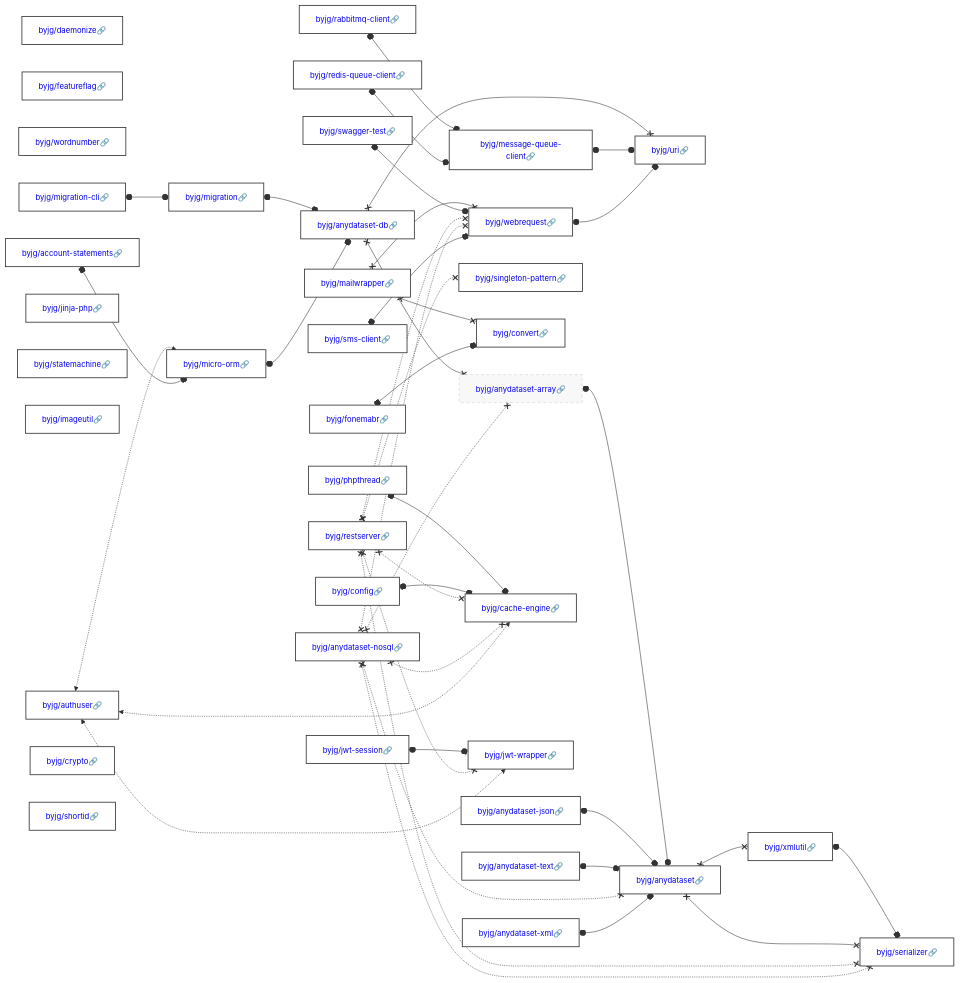
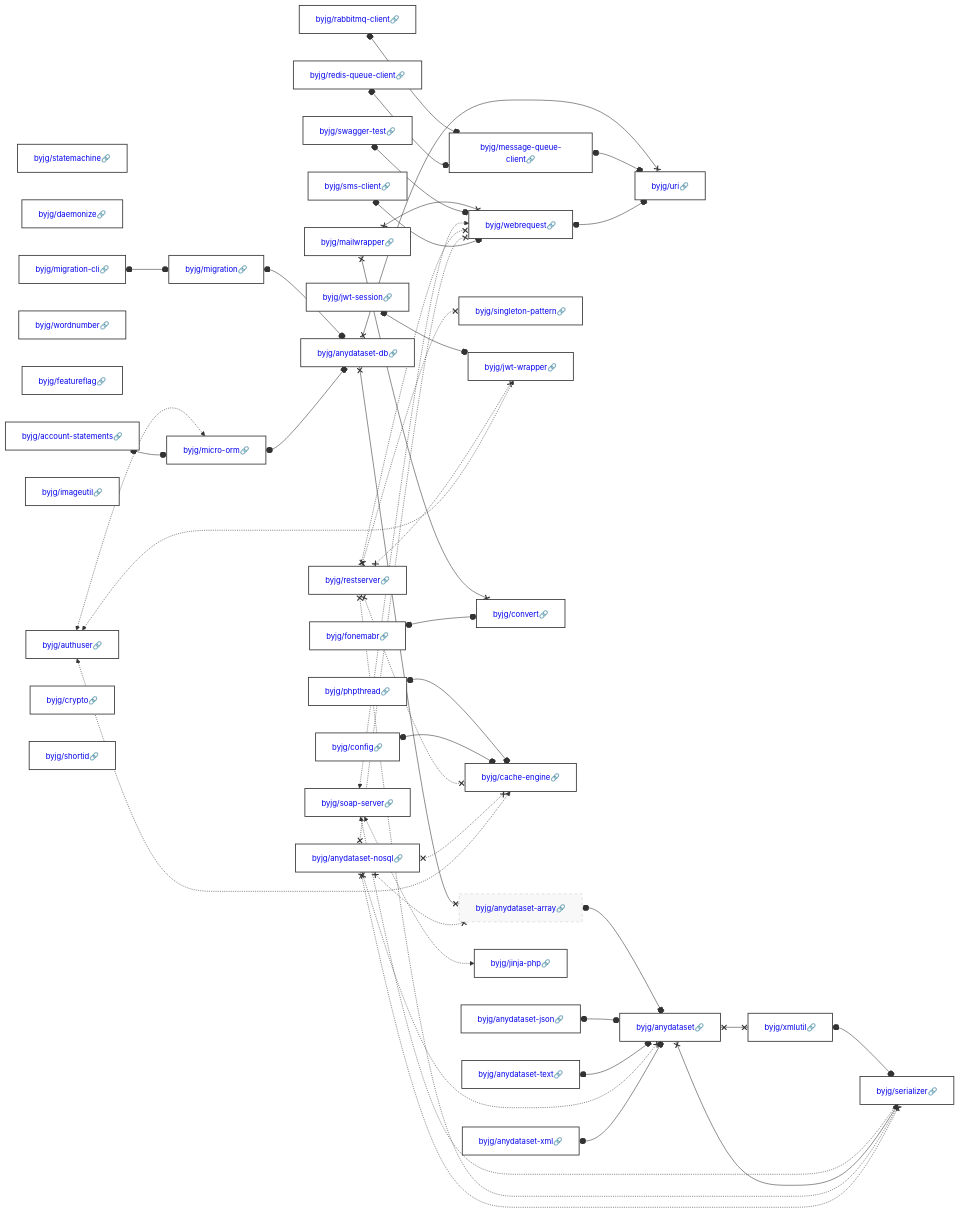
The diagram in docs/php/README.md (byjg/byjg.github.io), drawn with Mermaid before and after one commit. The commit also changed 7 other files, not shown here.

Commit message:
Update documentation 'php' 'php-soap-server'

````diff
--- a/docs/php/README.md
+++ b/docs/php/README.md
@@ -3,37 +3,38 @@
 ```mermaid
 graph LR;
+  byjg/statemachine[<a href='https://opensource.byjg.com/docs/php/statemachine' style='text-decoration:none'>byjg/statemachine🔗</a>];
+  byjg/anydataset-text[<a href='https://opensource.byjg.com/docs/php/anydataset-text' style='text-decoration:none'>byjg/anydataset-text🔗</a>];
+  byjg/sms-client[<a href='https://opensource.byjg.com/docs/php/sms-client' style='text-decoration:none'>byjg/sms-client🔗</a>];
+  byjg/jwt-session[<a href='https://opensource.byjg.com/docs/php/jwt-session' style='text-decoration:none'>byjg/jwt-session🔗</a>];
+  byjg/daemonize[<a href='https://opensource.byjg.com/docs/php/daemonize' style='text-decoration:none'>byjg/daemonize🔗</a>];
+  byjg/account-statements[<a href='https://opensource.byjg.com/docs/php/account-statements' style='text-decoration:none'>byjg/account-statements🔗</a>];
+  byjg/redis-queue-client[<a href='https://opensource.byjg.com/docs/php/redis-queue-client' style='text-decoration:none'>byjg/redis-queue-client🔗</a>];
+  byjg/wordnumber[<a href='https://opensource.byjg.com/docs/php/wordnumber' style='text-decoration:none'>byjg/wordnumber🔗</a>];
+  byjg/phpthread[<a href='https://opensource.byjg.com/docs/php/phpthread' style='text-decoration:none'>byjg/phpthread🔗</a>];
+  byjg/swagger-test[<a href='https://opensource.byjg.com/docs/php/swagger-test' style='text-decoration:none'>byjg/swagger-test🔗</a>];
   byjg/restserver[<a href='https://opensource.byjg.com/docs/php/restserver' style='text-decoration:none'>byjg/restserver🔗</a>];
-  byjg/daemonize[<a href='https://opensource.byjg.com/docs/php/daemonize' style='text-decoration:none'>byjg/daemonize🔗</a>];
-  byjg/anydataset-nosql[<a href='https://opensource.byjg.com/docs/php/anydataset-nosql' style='text-decoration:none'>byjg/anydataset-nosql🔗</a>];
   byjg/featureflag[<a href='https://opensource.byjg.com/docs/php/featureflag' style='text-decoration:none'>byjg/featureflag🔗</a>];
-  byjg/anydataset-text[<a href='https://opensource.byjg.com/docs/php/anydataset-text' style='text-decoration:none'>byjg/anydataset-text🔗</a>];
-  byjg/anydataset-json[<a href='https://opensource.byjg.com/docs/php/anydataset-json' style='text-decoration:none'>byjg/anydataset-json🔗</a>];
-  byjg/wordnumber[<a href='https://opensource.byjg.com/docs/php/wordnumber' style='text-decoration:none'>byjg/wordnumber🔗</a>];
-  byjg/migration-cli[<a href='https://opensource.byjg.com/docs/php/migration-cli' style='text-decoration:none'>byjg/migration-cli🔗</a>];
-  byjg/rabbitmq-client[<a href='https://opensource.byjg.com/docs/php/rabbitmq-client' style='text-decoration:none'>byjg/rabbitmq-client🔗</a>];
-  byjg/account-statements[<a href='https://opensource.byjg.com/docs/php/account-statements' style='text-decoration:none'>byjg/account-statements🔗</a>];
-  byjg/mailwrapper[<a href='https://opensource.byjg.com/docs/php/mailwrapper' style='text-decoration:none'>byjg/mailwrapper🔗</a>];
-  byjg/jinja-php[<a href='https://opensource.byjg.com/docs/php/jinja-php' style='text-decoration:none'>byjg/jinja-php🔗</a>];
-  byjg/swagger-test[<a href='https://opensource.byjg.com/docs/php/swagger-test' style='text-decoration:none'>byjg/swagger-test🔗</a>];
-  byjg/fonemabr[<a href='https://opensource.byjg.com/docs/php/fonemabr' style='text-decoration:none'>byjg/fonemabr🔗</a>];
-  byjg/statemachine[<a href='https://opensource.byjg.com/docs/php/statemachine' style='text-decoration:none'>byjg/statemachine🔗</a>];
-  byjg/imageutil[<a href='https://opensource.byjg.com/docs/php/imageutil' style='text-decoration:none'>byjg/imageutil🔗</a>];
-  byjg/redis-queue-client[<a href='https://opensource.byjg.com/docs/php/redis-queue-client' style='text-decoration:none'>byjg/redis-queue-client🔗</a>];
-  byjg/jwt-session[<a href='https://opensource.byjg.com/docs/php/jwt-session' style='text-decoration:none'>byjg/jwt-session🔗</a>];
-  byjg/phpthread[<a href='https://opensource.byjg.com/docs/php/phpthread' style='text-decoration:none'>byjg/phpthread🔗</a>];
-  byjg/config[<a href='https://opensource.byjg.com/docs/php/config' style='text-decoration:none'>byjg/config🔗</a>];
   byjg/anydataset-xml[<a href='https://opensource.byjg.com/docs/php/anydataset-xml' style='text-decoration:none'>byjg/anydataset-xml🔗</a>];
   byjg/authuser[<a href='https://opensource.byjg.com/docs/php/authuser' style='text-decoration:none'>byjg/authuser🔗</a>];
-  byjg/sms-client[<a href='https://opensource.byjg.com/docs/php/sms-client' style='text-decoration:none'>byjg/sms-client🔗</a>];
+  byjg/mailwrapper[<a href='https://opensource.byjg.com/docs/php/mailwrapper' style='text-decoration:none'>byjg/mailwrapper🔗</a>];
+  byjg/imageutil[<a href='https://opensource.byjg.com/docs/php/imageutil' style='text-decoration:none'>byjg/imageutil🔗</a>];
+  byjg/migration-cli[<a href='https://opensource.byjg.com/docs/php/migration-cli' style='text-decoration:none'>byjg/migration-cli🔗</a>];
   byjg/crypto[<a href='https://opensource.byjg.com/docs/php/crypto' style='text-decoration:none'>byjg/crypto🔗</a>];
+  byjg/config[<a href='https://opensource.byjg.com/docs/php/config' style='text-decoration:none'>byjg/config🔗</a>];
+  byjg/fonemabr[<a href='https://opensource.byjg.com/docs/php/fonemabr' style='text-decoration:none'>byjg/fonemabr🔗</a>];
+  byjg/anydataset-nosql[<a href='https://opensource.byjg.com/docs/php/anydataset-nosql' style='text-decoration:none'>byjg/anydataset-nosql🔗</a>];
+  byjg/rabbitmq-client[<a href='https://opensource.byjg.com/docs/php/rabbitmq-client' style='text-decoration:none'>byjg/rabbitmq-client🔗</a>];
   byjg/shortid[<a href='https://opensource.byjg.com/docs/php/shortid' style='text-decoration:none'>byjg/shortid🔗</a>];
+  byjg/anydataset-json[<a href='https://opensource.byjg.com/docs/php/anydataset-json' style='text-decoration:none'>byjg/anydataset-json🔗</a>];
+  byjg/soap-server[<a href='https://opensource.byjg.com/docs/php/soap-server' style='text-decoration:none'>byjg/soap-server🔗</a>];
   byjg/singleton-pattern[<a href='https://opensource.byjg.com/docs/php/singleton-pattern' style='text-decoration:none'>byjg/singleton-pattern🔗</a>];
+  byjg/micro-orm[<a href='https://opensource.byjg.com/docs/php/micro-orm' style='text-decoration:none'>byjg/micro-orm🔗</a>];
+  byjg/jwt-wrapper[<a href='https://opensource.byjg.com/docs/php/jwt-wrapper' style='text-decoration:none'>byjg/jwt-wrapper🔗</a>];
   byjg/migration[<a href='https://opensource.byjg.com/docs/php/migration' style='text-decoration:none'>byjg/migration🔗</a>];
   byjg/convert[<a href='https://opensource.byjg.com/docs/php/convert' style='text-decoration:none'>byjg/convert🔗</a>];
+  byjg/cache-engine[<a href='https://opensource.byjg.com/docs/php/cache-engine' style='text-decoration:none'>byjg/cache-engine🔗</a>];
   byjg/message-queue-client[<a href='https://opensource.byjg.com/docs/php/message-queue-client' style='text-decoration:none'>byjg/message-queue-client🔗</a>];
-  byjg/micro-orm[<a href='https://opensource.byjg.com/docs/php/micro-orm' style='text-decoration:none'>byjg/micro-orm🔗</a>];
-  byjg/cache-engine[<a href='https://opensource.byjg.com/docs/php/cache-engine' style='text-decoration:none'>byjg/cache-engine🔗</a>];
-  byjg/jwt-wrapper[<a href='https://opensource.byjg.com/docs/php/jwt-wrapper' style='text-decoration:none'>byjg/jwt-wrapper🔗</a>];
+  byjg/jinja-php[<a href='https://opensource.byjg.com/docs/php/jinja-php' style='text-decoration:none'>byjg/jinja-php🔗</a>];
   byjg/webrequest[<a href='https://opensource.byjg.com/docs/php/webrequest' style='text-decoration:none'>byjg/webrequest🔗</a>];
   byjg/anydataset-db[<a href='https://opensource.byjg.com/docs/php/anydataset-db' style='text-decoration:none'>byjg/anydataset-db🔗</a>];
   byjg/anydataset-array[<a href='https://opensource.byjg.com/docs/php/anydataset-array' style='text-decoration:none'>byjg/anydataset-array🔗</a>];
@@ -51,6 +52,9 @@
   byjg/anydataset-db x--x byjg/anydataset-array;
   byjg/anydataset-db x--x byjg/uri;
   byjg/message-queue-client o--o byjg/uri;
+  byjg/soap-server <-.-> byjg/jinja-php;
+  byjg/soap-server <-.-> byjg/webrequest;
+  byjg/soap-server <-.-> byjg/serializer;
   byjg/phpthread o--o byjg/cache-engine;
   byjg/migration-cli o--o byjg/migration;
   byjg/jwt-session o--o byjg/jwt-wrapper;
````
